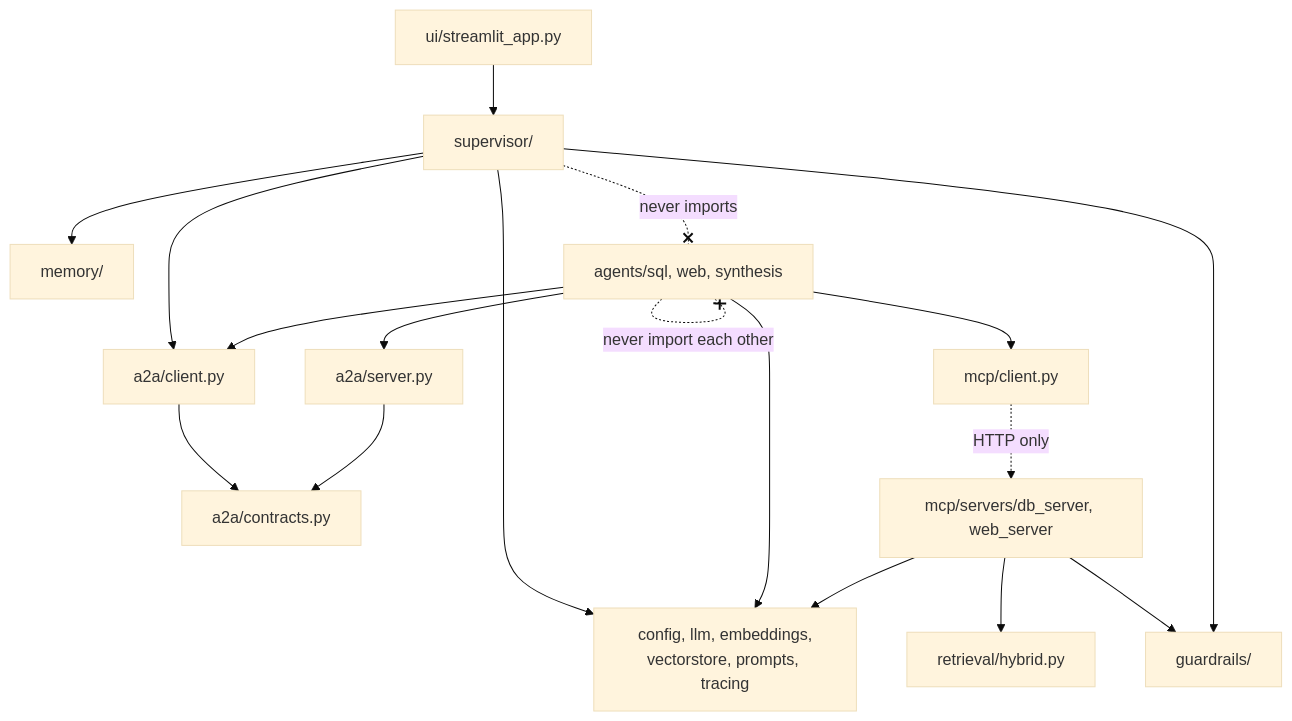
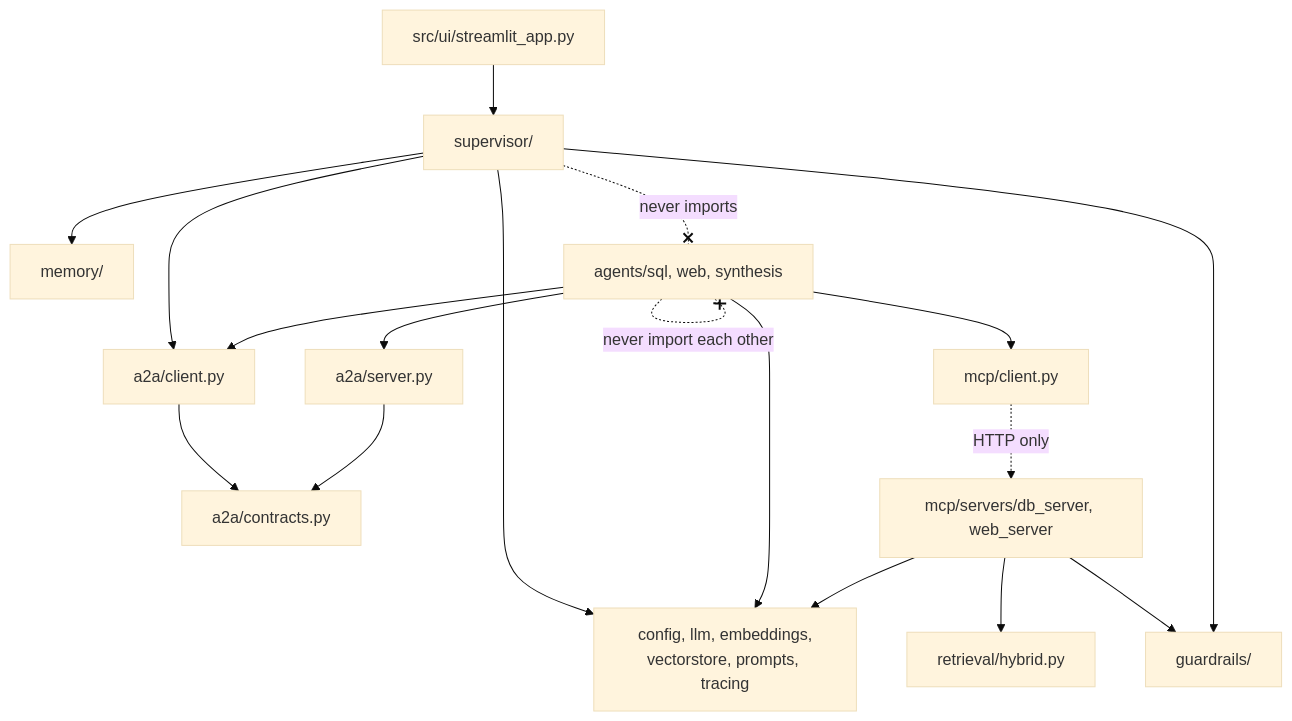
One commit to SwatantraJain-02/multi_conversational_agentic_system changed diagram 21 of 21 in docs/architecture/hld_lld.md. Above: the diagram before and after it, drawn with Mermaid (base theme). The commit also changed other lines of this file, not shown here.

First line of the commit message:
Update the architecture document to match what is built

````diff
--- a/docs/architecture/hld_lld.md
+++ b/docs/architecture/hld_lld.md
@@ -585,18 +602,18 @@
 ```mermaid
 flowchart TD
-    ui["ui/streamlit_app.py"] --> sup["supervisor/"]
+    ui["src/ui/streamlit_app.py"] --> sup["supervisor/"]
     sup --> mem["memory/"]
     sup --> a2ac["a2a/client.py"]
     ag["agents/sql, web, synthesis"] --> a2as["a2a/server.py"]
     ag --> mcpc["mcp/client.py"]
     ag --> a2ac
     a2ac & a2as --> con["a2a/contracts.py"]
     mcpc -.->|"HTTP only"| srv["mcp/servers/db_server, web_server"]
     srv --> ret["retrieval/hybrid.py"]
     srv --> gr["guardrails/"]
     sup --> gr
     sup & ag & srv --> base["config, llm, embeddings,<br/>vectorstore, prompts, tracing"]
 
     sup -. "never imports" .-x ag
     ag -. "never import each other" .-x ag
 ```
````
